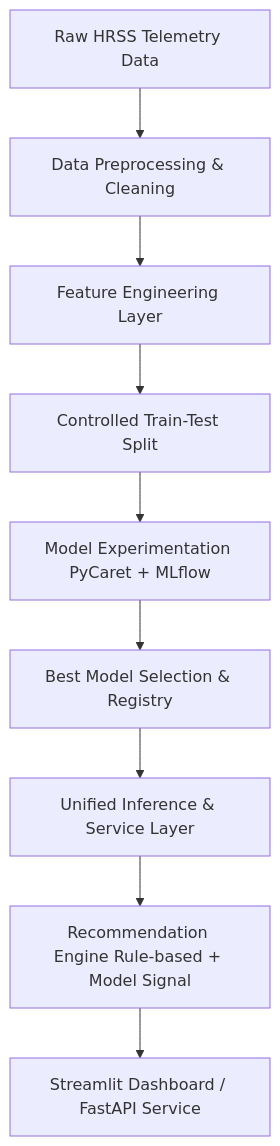
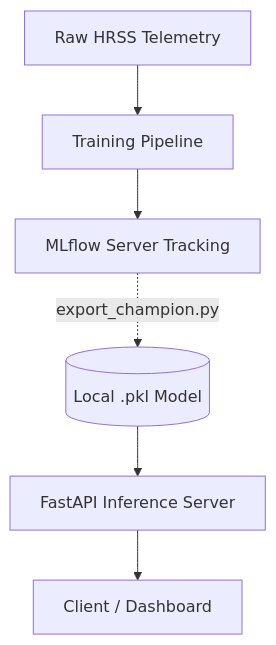
The diagram in README.md (Arfiadi/HRSS-recommendation-system), drawn with Mermaid before and after one commit. The commit also changed other lines of this file and 2 other files, not shown here.

Commit message:
docs: Rewrite main README and add sub-READMEs for data, api, and experiments folders

````diff
--- a/README.md
+++ b/README.md
@@ -67,11 +60,8 @@
 ```mermaid
 graph TD
-    A[Raw HRSS Telemetry Data] --> B[Data Preprocessing & Cleaning]
-    B --> C[Feature Engineering Layer]
-    C --> D[Controlled Train-Test Split]
-    D --> E[Model Experimentation PyCaret + MLflow]
-    E --> F[Best Model Selection & Registry]
-    F --> G[Unified Inference & Service Layer]
-    G --> H[Recommendation Engine Rule-based + Model Signal]
-    H --> I[Streamlit Dashboard / FastAPI Service]
+    A[Raw HRSS Telemetry] --> B[Training Pipeline]
+    B --> C[MLflow Server Tracking]
+    C -.->|export_champion.py| D[(Local .pkl Model)]
+    D --> E[FastAPI Inference Server]
+    E --> F[Client / Dashboard]
 ```
````
